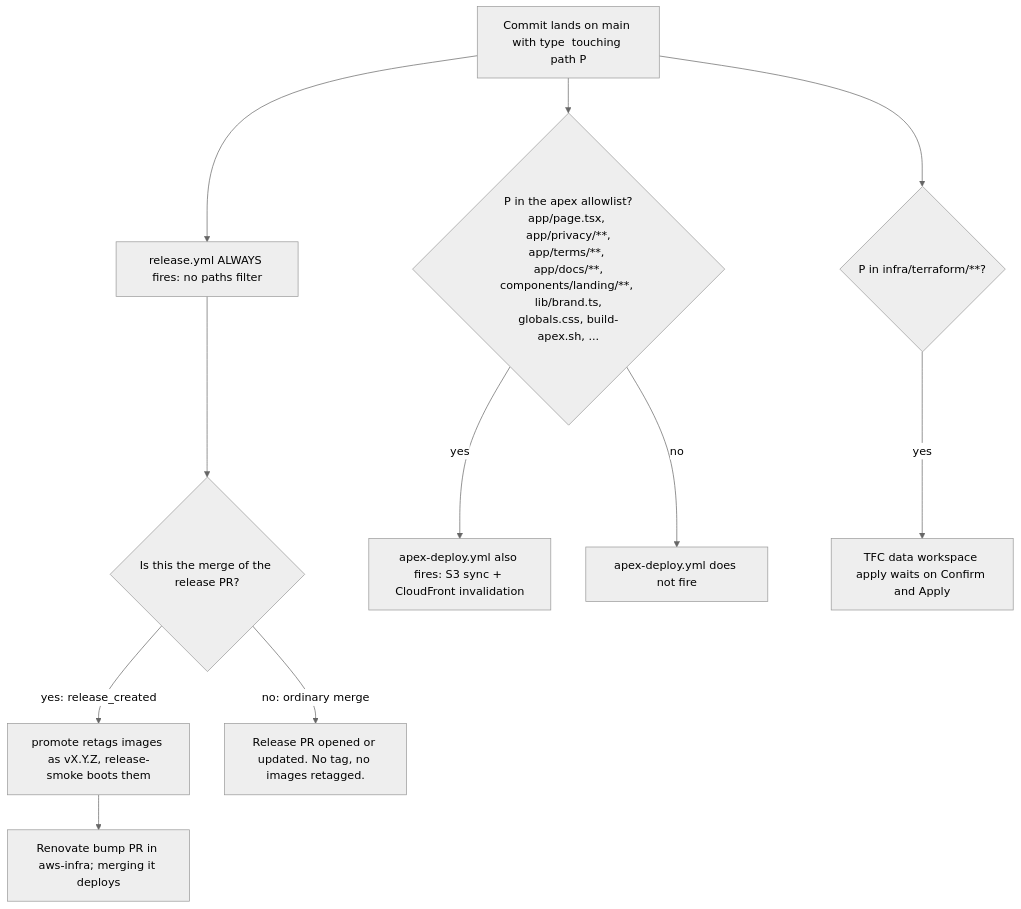
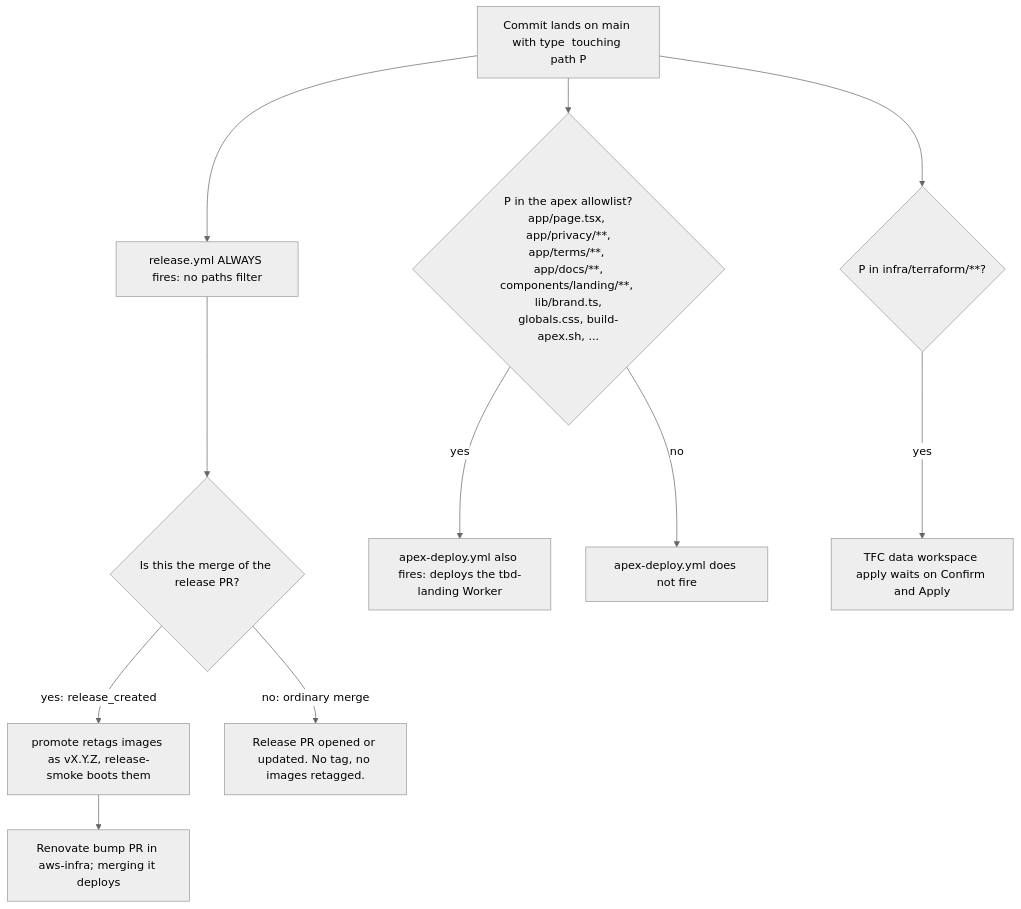
One commit to fjcloudaiconsulting/tbd changed the sixth of 6 diagrams in docs/operations/DEPLOYMENT.md. Above: the diagram before and after it, drawn with Mermaid (neutral theme). The commit also changed other lines of this file and 10 other files, not shown here.

````diff
--- a/docs/operations/DEPLOYMENT.md
+++ b/docs/operations/DEPLOYMENT.md
@@ -739,16 +566,16 @@
 ```mermaid
 flowchart TD
   start[Commit lands on main with type <type> touching path P]
   start --> rel[release.yml ALWAYS fires: no paths filter]
   rel --> semrel{Is this the merge of the release PR?}
   semrel -- "yes: release_created" --> promote[promote retags images as vX.Y.Z, release-smoke boots them]
   promote --> bump[Renovate bump PR in aws-infra; merging it deploys]
   semrel -- "no: ordinary merge" --> noship[Release PR opened or updated. No tag, no images retagged.]
 
   start --> apexq{P in the apex allowlist?<br/>app/page.tsx, app/privacy/**,<br/>app/terms/**, app/docs/**,<br/>components/landing/**, lib/brand.ts,<br/>globals.css, build-apex.sh, ...}
-  apexq -- yes --> apex[apex-deploy.yml also fires: S3 sync + CloudFront invalidation]
+  apexq -- yes --> apex[apex-deploy.yml also fires: deploys the tbd-landing Worker]
   apexq -- no --> apexno[apex-deploy.yml does not fire]
 
   start --> tf2{P in infra/terraform/**?}
   tf2 -- yes --> tfpfv[TFC data workspace apply waits on Confirm and Apply]
 ```
````
